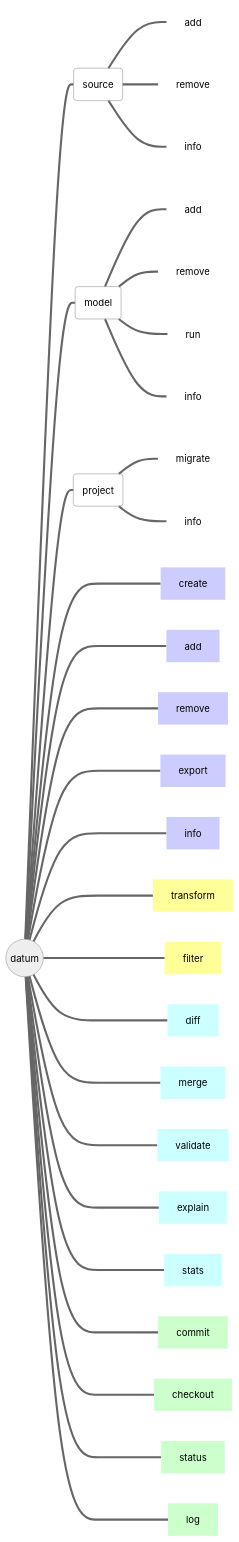
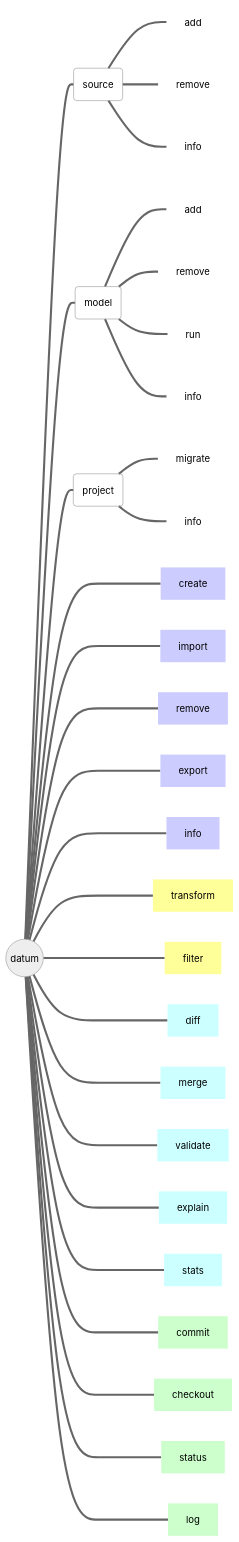
Before and after one commit to openvinotoolkit/datumaro: the diagram in site/content/en/docs/user-manual/command-reference/_index.md, drawn with Mermaid.

Commit message:
Update cli list

````diff
--- a/site/content/en/docs/user-manual/command-reference/_index.md
+++ b/site/content/en/docs/user-manual/command-reference/_index.md
@@ -10,44 +10,44 @@
 ```mermaid
 %%{init { 'theme':'neutral' }}%%
 flowchart LR
   d(("#0009; datum #0009;")):::mainclass
   s(source):::nofillclass
   m(model):::nofillclass
   p(project):::nofillclass
 
   d===s
     s===id1[add]:::hideclass
     s===id2[remove]:::hideclass
     s===id3[info]:::hideclass
   d===m
     m===id4[add]:::hideclass
     m===id5[remove]:::hideclass
     m===id6[run]:::hideclass
     m===id7[info]:::hideclass
   d===p
     p===migrate:::hideclass
     p===info:::hideclass
   d====str1[create]:::filloneclass
-  d====str2[add]:::filloneclass
+  d====str2[import]:::filloneclass
   d====str3[remove]:::filloneclass
   d====str4[export]:::filloneclass
   d====str5[info]:::filloneclass
   d====str6[transform]:::filltwoclass
   d====str7[filter]:::filltwoclass
   d====str8[diff]:::fillthreeclass
   d====str9[merge]:::fillthreeclass
   d====str10[validate]:::fillthreeclass
   d====str11[explain]:::fillthreeclass
   d====str12[stats]:::fillthreeclass
   d====str13[commit]:::fillfourclass
   d====str14[checkout]:::fillfourclass
   d====str15[status]:::fillfourclass
   d====str16[log]:::fillfourclass
 
   classDef nofillclass fill-opacity:0;
   classDef hideclass fill-opacity:0,stroke-opacity:0;
   classDef filloneclass fill:#CCCCFF,stroke-opacity:0;
   classDef filltwoclass fill:#FFFF99,stroke-opacity:0;
   classDef fillthreeclass fill:#CCFFFF,stroke-opacity:0;
   classDef fillfourclass fill:#CCFFCC,stroke-opacity:0;
 ```
````
